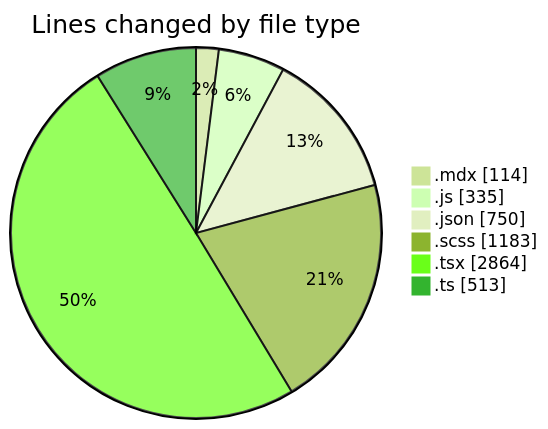
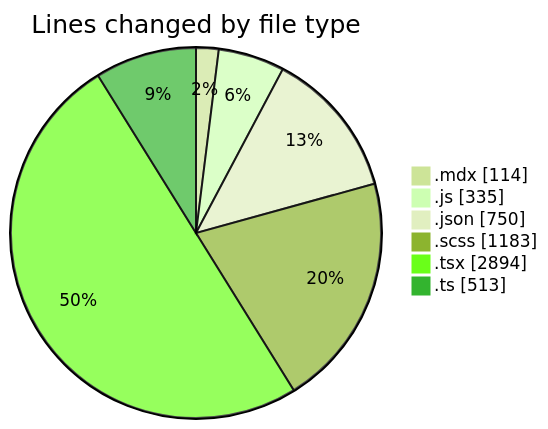
The first of 2 diagrams in 2026-08-13/cda/README.md (momahboobian/code-tracking), drawn with Mermaid (forest theme) before and after one commit. The commit also changed other lines of this file and 1 other file, not shown here.

````diff
--- a/2026-08-13/cda/README.md
+++ b/2026-08-13/cda/README.md
@@ -46,10 +46,10 @@
 ```mermaid
 pie showData
 title Lines changed by file type
 ".mdx" : 114
 ".js" : 335
 ".json" : 750
 ".scss" : 1183
-".tsx" : 2864
+".tsx" : 2894
 ".ts" : 513
 ```
````
